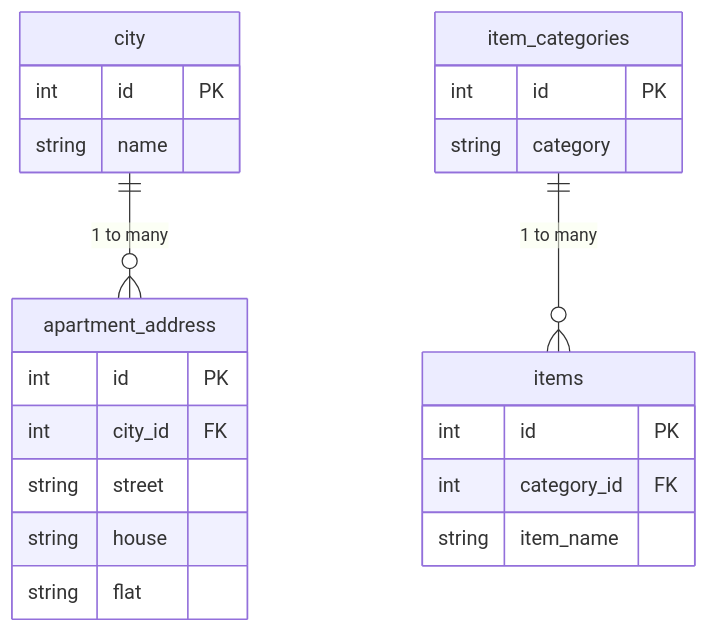
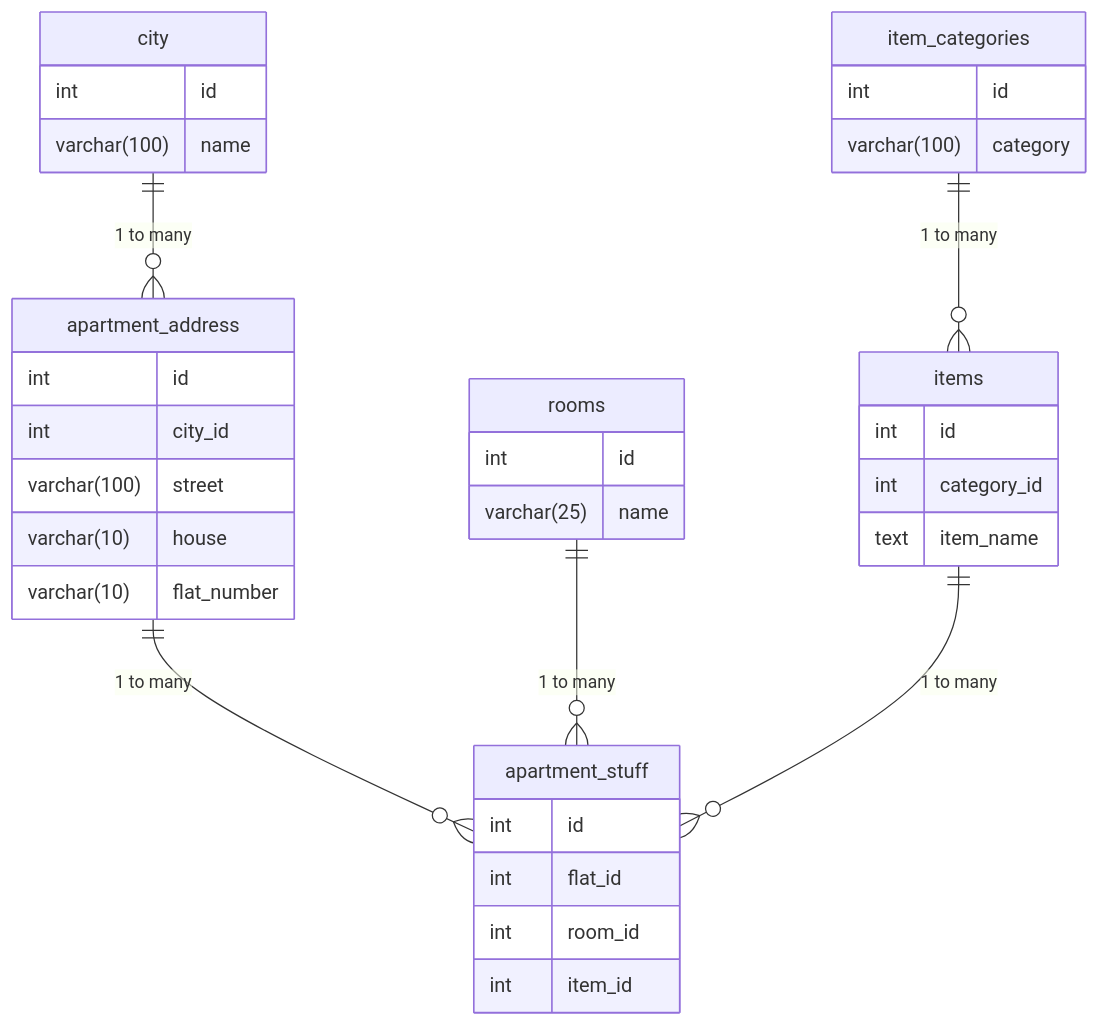
One commit to svmyhome/apartment changed the diagram in readme.md. Above: the diagram before and after it, drawn with Mermaid. The commit also changed other lines of this file, not shown here.

Commit message:
Add database schema to readme.md

````diff
--- a/readme.md
+++ b/readme.md
@@ -37,29 +44,44 @@
 ```mermaid
 erDiagram
     city ||--o{ apartment_address : "1 to many"
+    apartment_address ||--o{ apartment_stuff : "1 to many"
+    rooms ||--o{ apartment_stuff : "1 to many"
+    items ||--o{ apartment_stuff : "1 to many"
     item_categories ||--o{ items : "1 to many"
 
     city {
-        int id PK
-        string name
+        int id
+        varchar(100) name
     }
 
     apartment_address {
-        int id PK
-        int city_id FK
-        string street
-        string house
-        string flat
+        int id
+        int city_id
+        varchar(100) street
+        varchar(10) house
+        varchar(10) flat_number
+    }
+
+    rooms {
+        int id
+        varchar(25) name
     }
 
     item_categories {
-        int id PK
-        string category
+        int id
+        varchar(100) category
     }
 
     items {
-        int id PK
-        int category_id FK
-        string item_name
+        int id
+        int category_id
+        text item_name
+    }
+
+    apartment_stuff {
+        int id
+        int flat_id
+        int room_id
+        int item_id
     }
 ```
````
